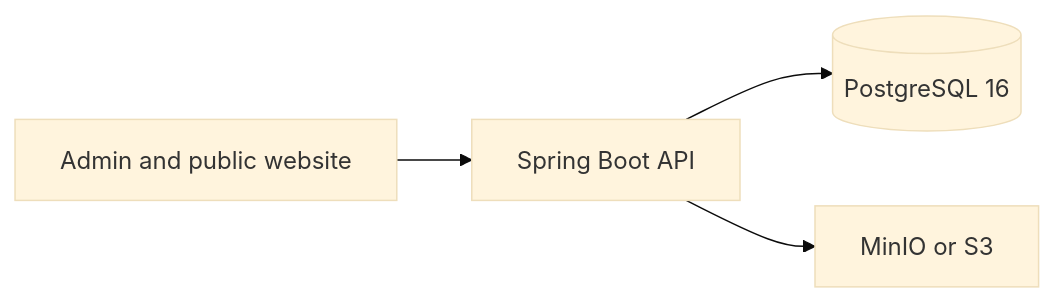
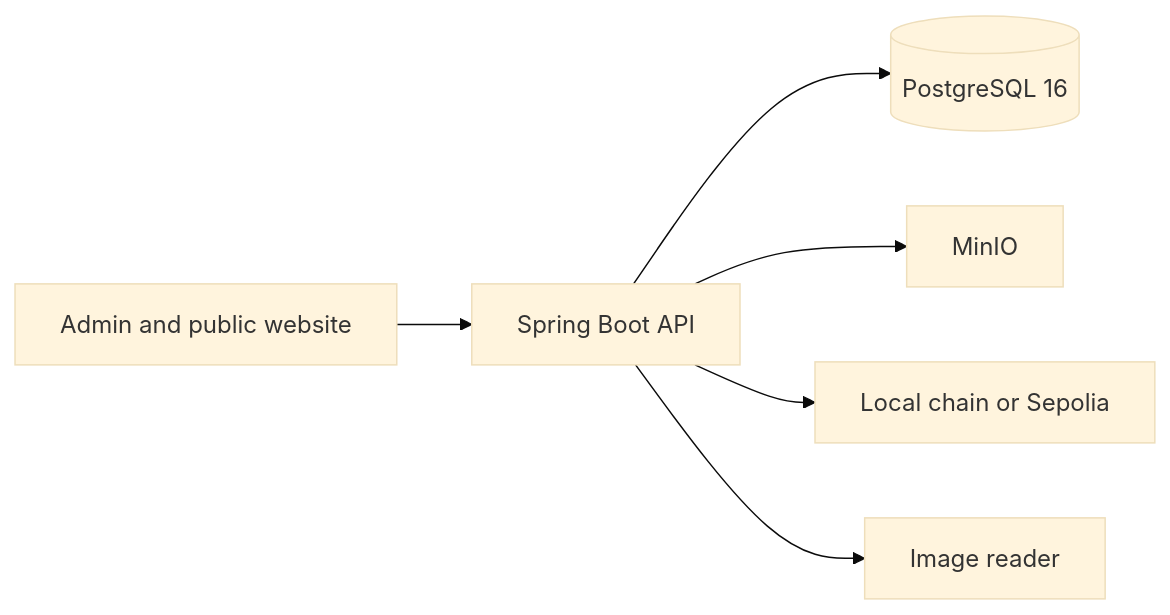
Before and after one commit to vanshikanimwal-dev/CertiChain: the diagram in README.md, drawn with Mermaid (base theme). The commit also changed other lines of this file and 40 other files, not shown here.

Commit message:
Anchor issued fingerprints on the local chain and store the PDF so a public check can verify the file.

````diff
--- a/README.md
+++ b/README.md
@@ -7,11 +7,15 @@
 ```mermaid
 flowchart LR
   web[Admin and public website]
   api[Spring Boot API]
   db[(PostgreSQL 16)]
-  files[MinIO or S3]
+  files[MinIO]
+  chain[Local chain or Sepolia]
+  ocr[Image reader]
 
   web --> api
   api --> db
   api --> files
+  api --> chain
+  api --> ocr
 ```
````
